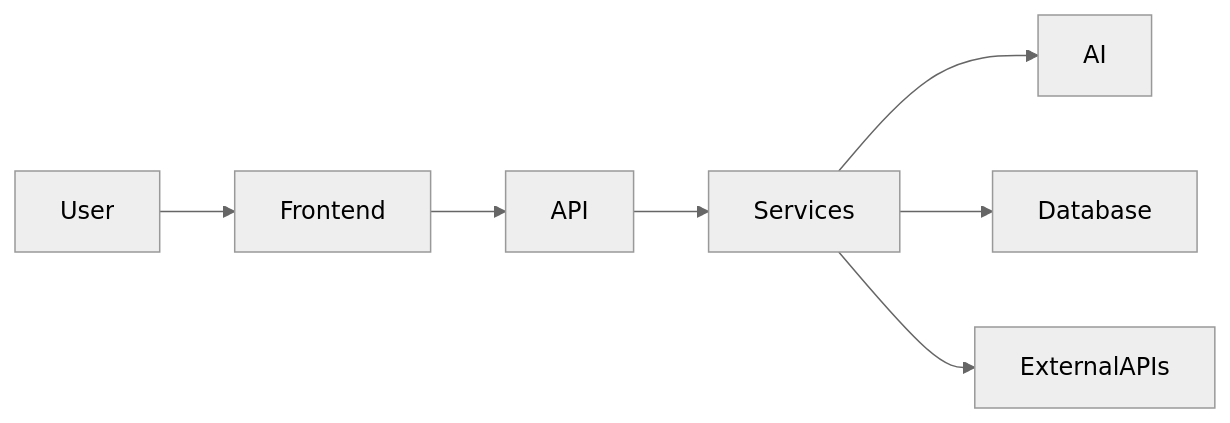
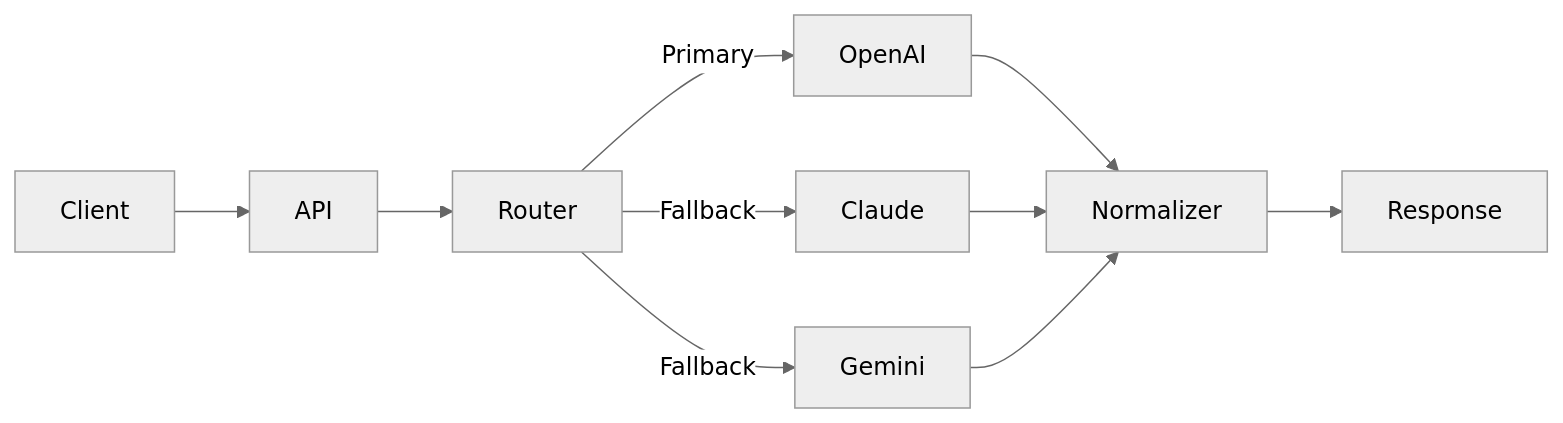
One commit to SamuelKunle/SamuelKunle changed the diagram in README.md. Above: the diagram before and after it, drawn with Mermaid (neutral theme). The commit also changed other lines of this file, not shown here.

````diff
--- a/README.md
+++ b/README.md
@@ -15,9 +15,12 @@
 ```mermaid
 flowchart LR
-    User --> Frontend
-    Frontend --> API
-    API --> Services
-    Services --> AI
-    Services --> Database
-    Services --> ExternalAPIs
+    Client --> API
+    API --> Router
+    Router -->|Primary| OpenAI
+    Router -->|Fallback| Claude
+    Router -->|Fallback| Gemini
+    OpenAI --> Normalizer
+    Claude --> Normalizer
+    Gemini --> Normalizer
+    Normalizer --> Response
 ```
````
